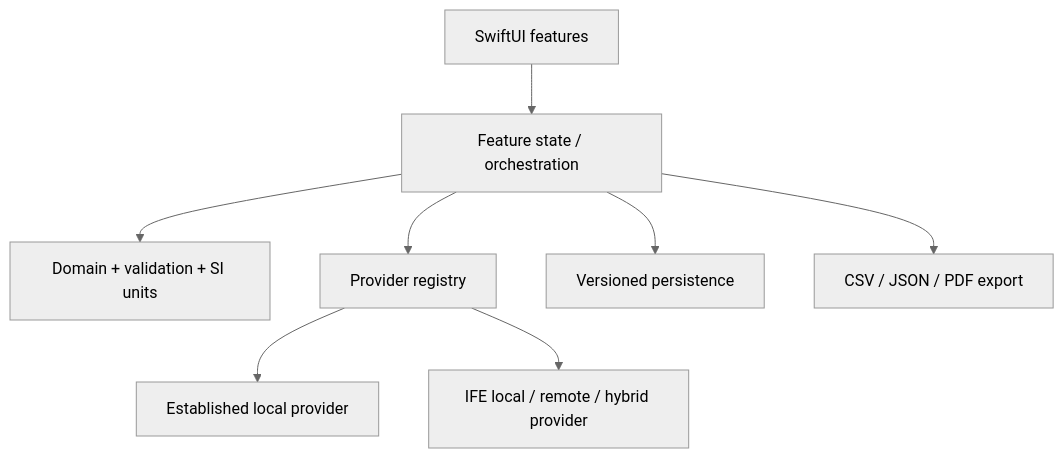
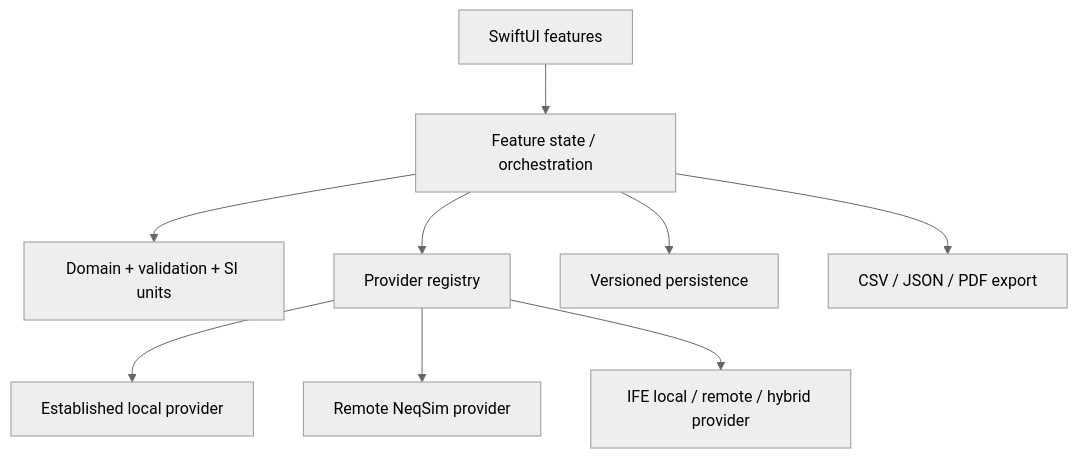
The diagram in Documentation/Architecture.md (lucianopatruno/PhaseXpert), drawn with Mermaid (neutral theme) before and after one commit. The commit also changed other lines of this file and 26 other files, not shown here.

Commit message:
Add standalone remote NeqSim provider

````diff
--- a/Documentation/Architecture.md
+++ b/Documentation/Architecture.md
@@ -9,10 +9,11 @@
 ```mermaid
 flowchart TD
     UI["SwiftUI features"] --> State["Feature state / orchestration"]
     State --> Core["Domain + validation + SI units"]
     State --> Registry["Provider registry"]
     Registry --> Local["Established local provider"]
+    Registry --> NeqSim["Remote NeqSim provider"]
     Registry --> IFE["IFE local / remote / hybrid provider"]
     State --> Store["Versioned persistence"]
     State --> Export["CSV / JSON / PDF export"]
 ```
````
